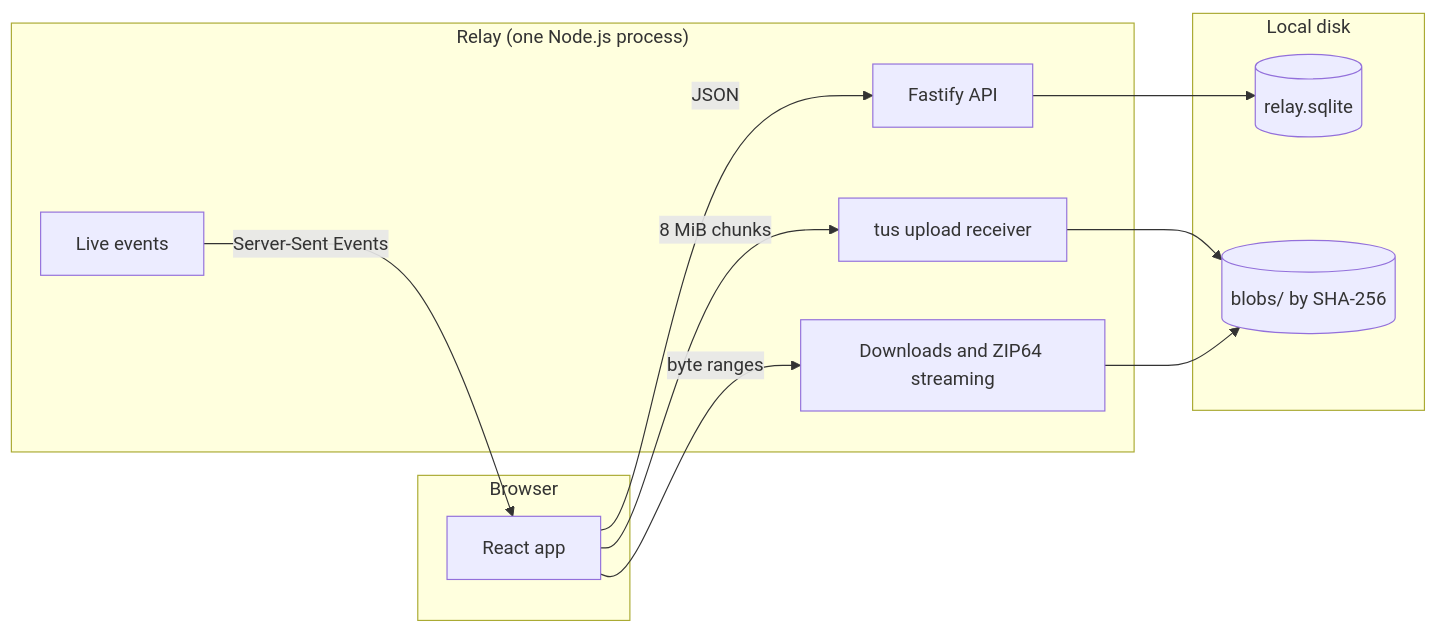
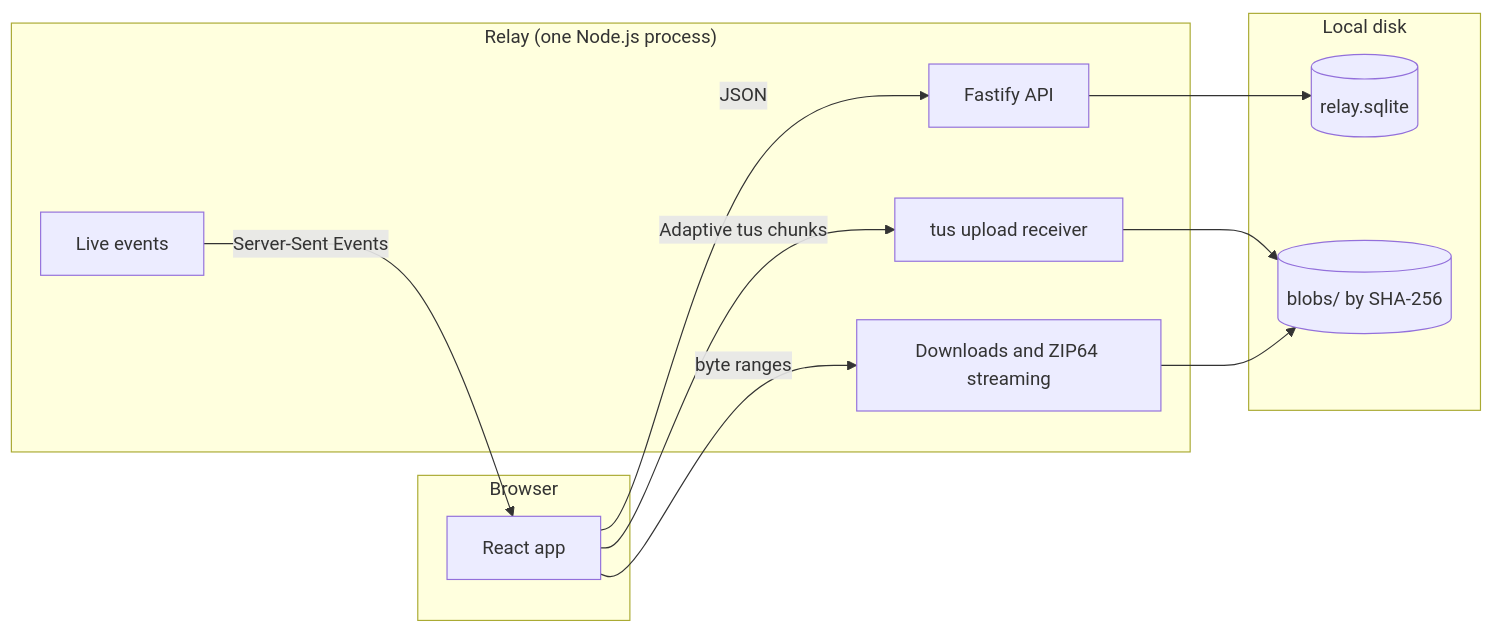
The diagram in docs/architecture.md (walriyami/Relay), drawn with Mermaid before and after one commit. The commit also changed other lines of this file and 7 other files, not shown here.

````diff
--- a/docs/architecture.md
+++ b/docs/architecture.md
@@ -5,23 +5,23 @@
 ```mermaid
 flowchart LR
   subgraph Browser
     UI[React app]
   end
   subgraph Relay["Relay (one Node.js process)"]
     API[Fastify API]
     TUS[tus upload receiver]
     DL[Downloads and ZIP64 streaming]
     SSE[Live events]
   end
   subgraph Disk["Local disk"]
     DB[(relay.sqlite)]
     BLOBS[(blobs/ by SHA-256)]
   end
   UI -- JSON --> API
-  UI -- 8 MiB chunks --> TUS
+  UI -- Adaptive tus chunks --> TUS
   UI -- byte ranges --> DL
   SSE -- Server-Sent Events --> UI
   API --> DB
   TUS --> BLOBS
   DL --> BLOBS
 ```
````
